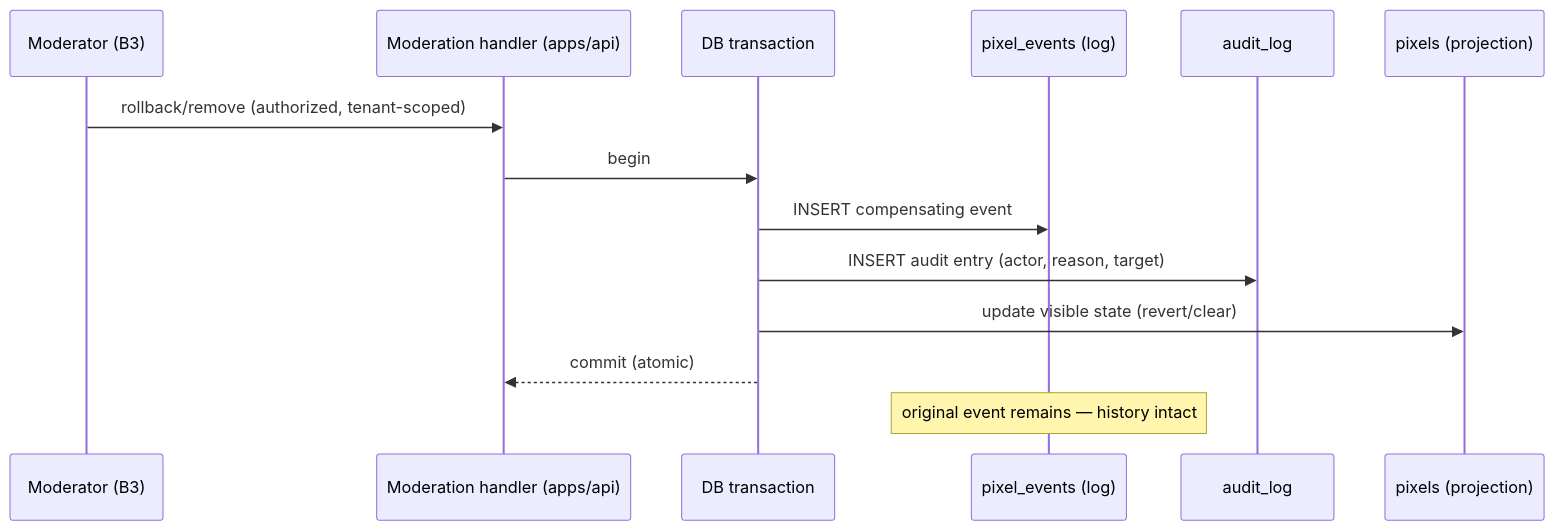
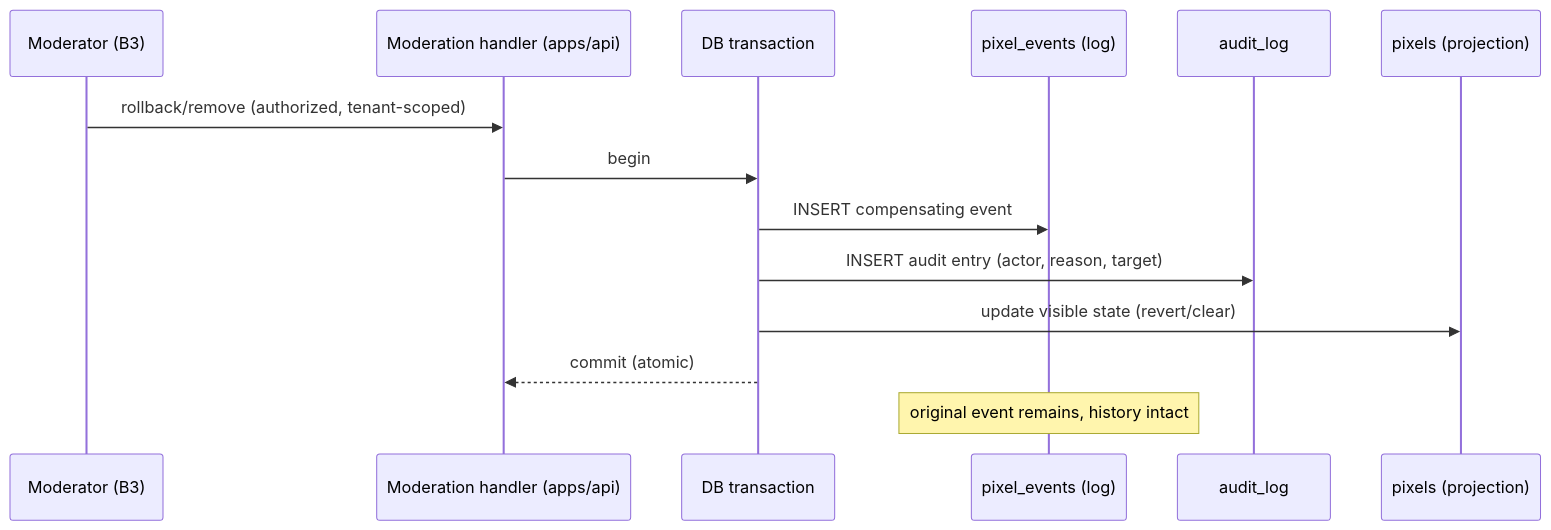
Before and after one commit to div0rce/quad-canvas: the fourth of 4 diagrams in docs/EVENT_SOURCING.md, drawn with Mermaid. The commit also changed other lines of this file and 98 other files, not shown here.

````diff
--- a/docs/EVENT_SOURCING.md
+++ b/docs/EVENT_SOURCING.md
@@ -240,16 +240,16 @@
 ```mermaid
 sequenceDiagram
   participant M as Moderator (B3)
   participant H as Moderation handler (apps/api)
   participant TX as DB transaction
   participant LOG as pixel_events (log)
   participant AUD as audit_log
   participant PROJ as pixels (projection)
   M->>H: rollback/remove (authorized, tenant-scoped)
   H->>TX: begin
   TX->>LOG: INSERT compensating event
   TX->>AUD: INSERT audit entry (actor, reason, target)
   TX->>PROJ: update visible state (revert/clear)
   TX-->>H: commit (atomic)
-  Note over LOG: original event remains — history intact
+  Note over LOG: original event remains, history intact
 ```
````
